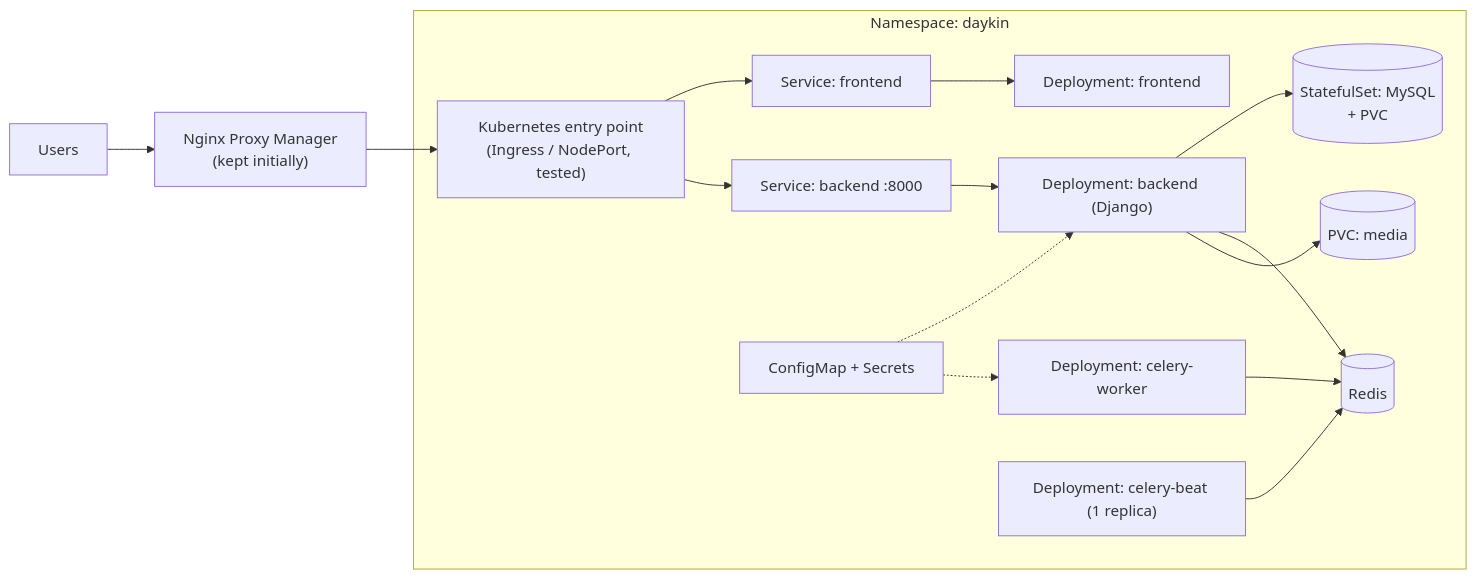
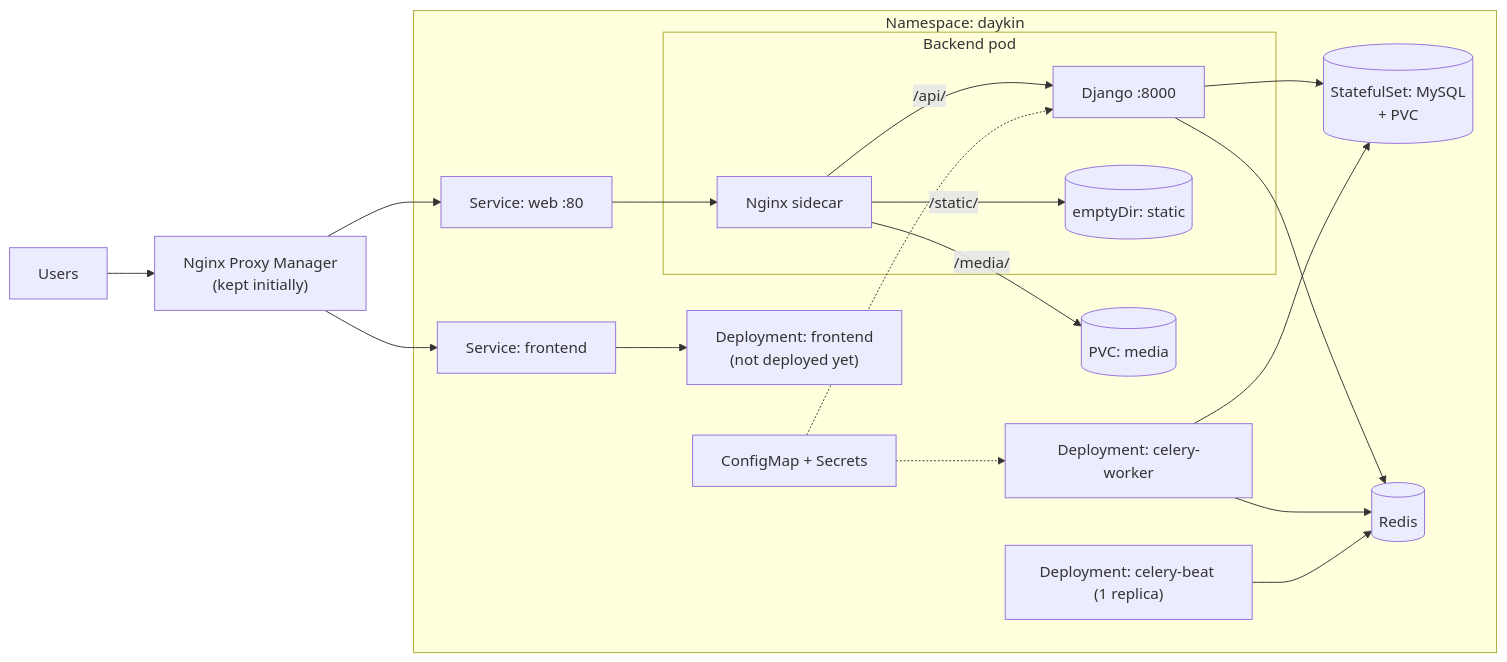
Before and after one commit to kennedymutebi/daykin-k8s-migration: the second of 2 diagrams in README.md, drawn with Mermaid. The commit also changed other lines of this file and 7 other files, not shown here.

Commit message:
Phase 3: add Nginx sidecar, evidence and README update

````diff
--- a/README.md
+++ b/README.md
@@ -37,20 +35,22 @@
 ```mermaid
 flowchart LR
     U[Users] --> NPM["Nginx Proxy Manager<br/>(kept initially)"]
-    NPM --> ING["Kubernetes entry point<br/>(Ingress / NodePort, tested)"]
+    NPM --> WS["Service: web :80"]
+    NPM --> FES["Service: frontend"]
     subgraph NS["Namespace: daykin"]
-        ING --> FES["Service: frontend"]
-        ING --> BES["Service: backend :8000"]
-        FES --> FED["Deployment: frontend"]
-        BES --> BED["Deployment: backend (Django)"]
-        CWD["Deployment: celery-worker"]
-        CBD["Deployment: celery-beat (1 replica)"]
-        BED --> MY[("StatefulSet: MySQL<br/>+ PVC")]
-        BED --> RDS[("Redis")]
-        BED --> MED[("PVC: media")]
-        CWD --> RDS
-        CBD --> RDS
-        CM["ConfigMap + Secrets"] -.-> BED
+        WS --> NGX
+        FES --> FED["Deployment: frontend<br/>(not deployed yet)"]
+        subgraph POD["Backend pod"]
+            NGX["Nginx sidecar"] -->|/api/| DJ["Django :8000"]
+            NGX -->|/static/| ST[("emptyDir: static")]
+        end
+        NGX -->|/media/| MED[("PVC: media")]
+        DJ --> MY[("StatefulSet: MySQL<br/>+ PVC")]
+        DJ --> RDS[("Redis")]
+        CWD["Deployment: celery-worker"] --> RDS
+        CBD["Deployment: celery-beat (1 replica)"] --> RDS
+        CWD --> MY
+        CM["ConfigMap + Secrets"] -.-> DJ
         CM -.-> CWD
     end
 ```
````
